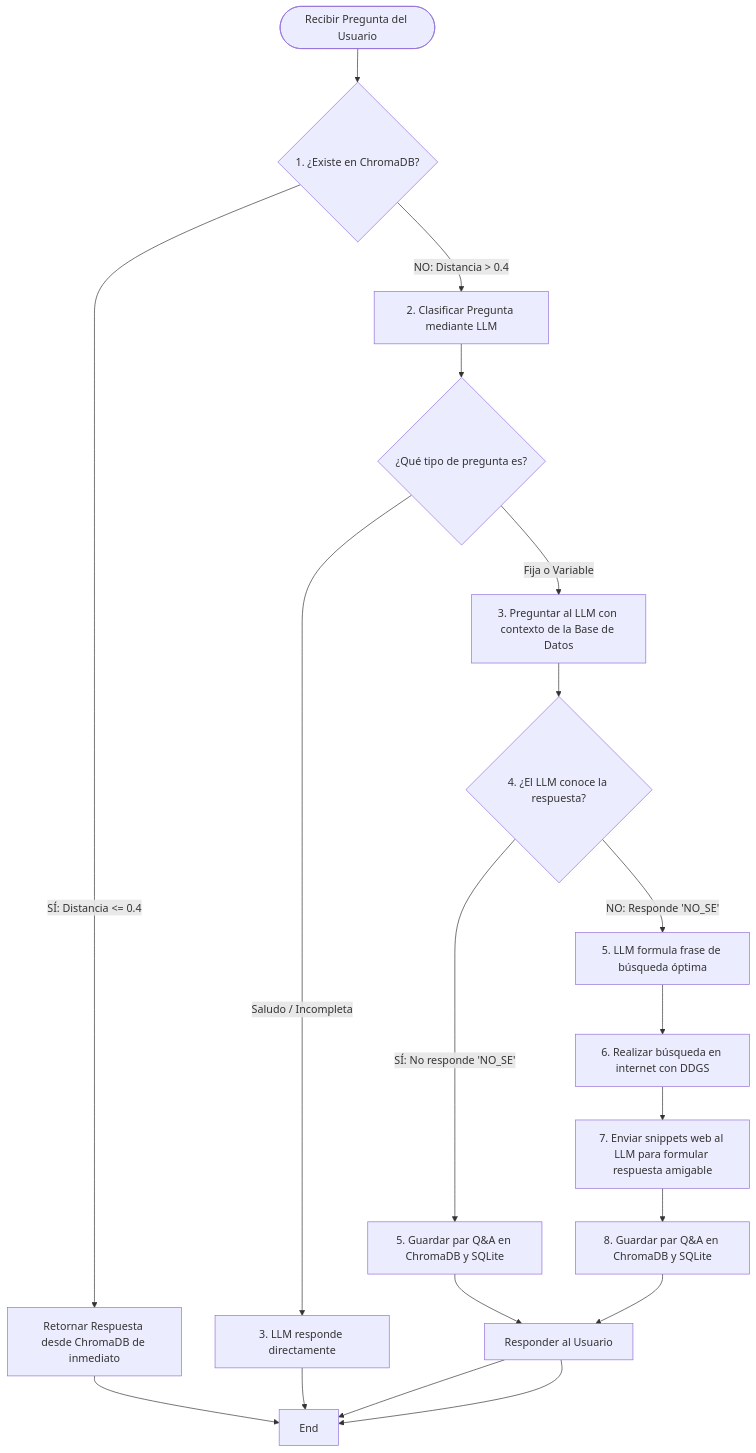
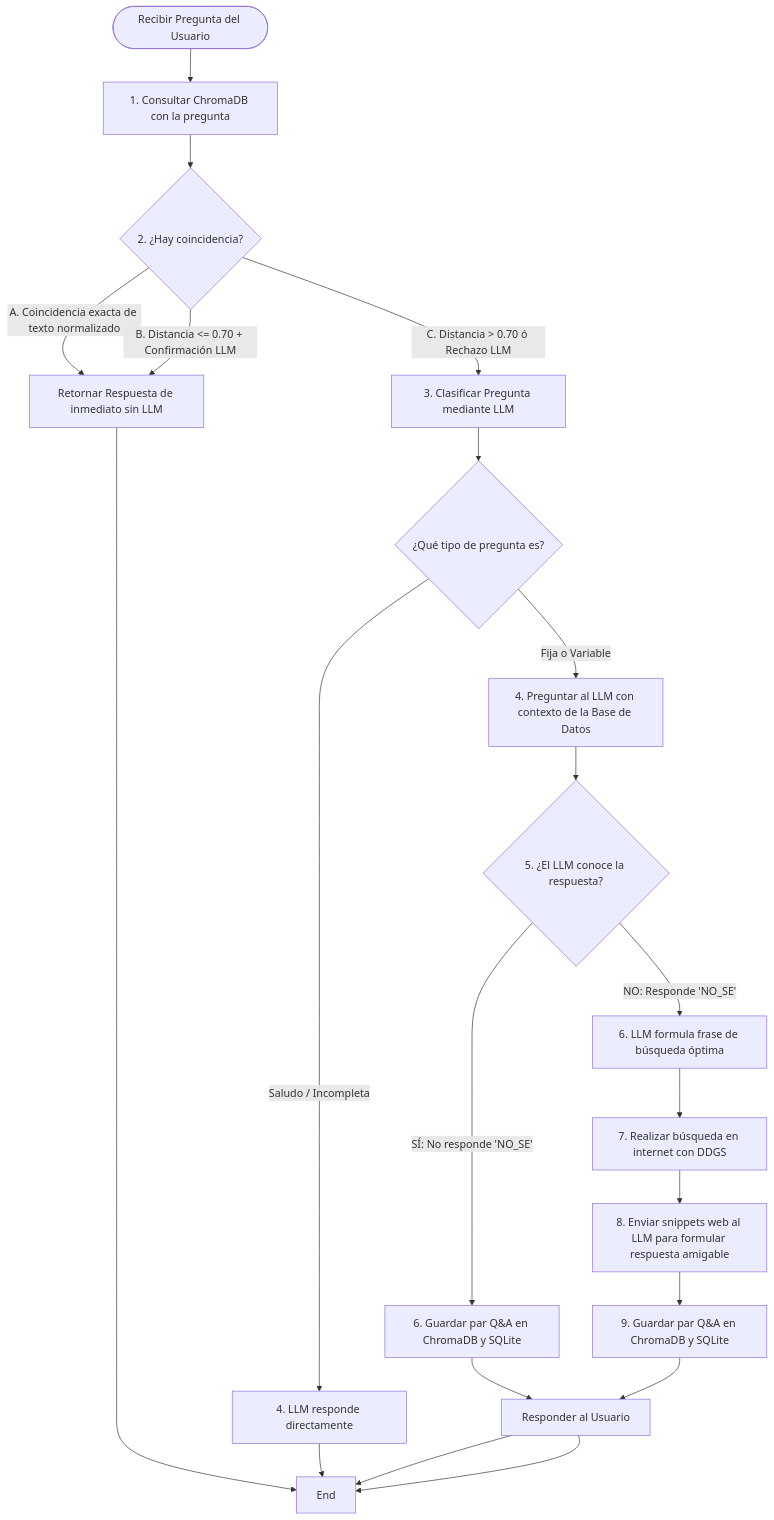
One commit to AngeloAlexanderBenavides/LLMRAG changed the second of 2 diagrams in DOCUMENTACION_SISTEMA.md. Above: the diagram before and after it, drawn with Mermaid. The commit also changed other lines of this file and 1 other file, not shown here.

Commit message:
Update, razocinio en las preguntas

````diff
--- a/DOCUMENTACION_SISTEMA.md
+++ b/DOCUMENTACION_SISTEMA.md
@@ -44,28 +44,32 @@
 ```mermaid
 graph TD
-    Start([Recibir Pregunta del Usuario]) --> DB_Check{1. ¿Existe en ChromaDB?}
+    Start([Recibir Pregunta del Usuario]) --> DB_Query[1. Consultar ChromaDB con la pregunta]
+    DB_Query --> Match_Check{2. ¿Hay coincidencia?}
     
-    %% Caso Cache Hit
-    DB_Check -->|SÍ: Distancia <= 0.4| Return_DB[Retornar Respuesta desde ChromaDB de inmediato] --> End
+    %% Caso Cache Hit por coincidencia exacta
+    Match_Check -->|A. Coincidencia exacta de texto normalizado| Return_DB[Retornar Respuesta de inmediato sin LLM] --> End
+    
+    %% Caso Cache Hit por equivalencia semántica
+    Match_Check -->|B. Distancia <= 0.70 + Confirmación LLM| Return_DB
     
     %% Caso Cache Miss
-    DB_Check -->|NO: Distancia > 0.4| Classify[2. Clasificar Pregunta mediante LLM]
+    Match_Check -->|C. Distancia > 0.70 ó Rechazo LLM| Classify[3. Clasificar Pregunta mediante LLM]
     
     Classify --> Intention{¿Qué tipo de pregunta es?}
     
-    Intention -->|Saludo / Incompleta| Direct_LLM[3. LLM responde directamente] --> End
+    Intention -->|Saludo / Incompleta| Direct_LLM[4. LLM responde directamente] --> End
     
-    Intention -->|Fija o Variable| Query_LLM_RAG[3. Preguntar al LLM con contexto de la Base de Datos]
+    Intention -->|Fija o Variable| Query_LLM_RAG[4. Preguntar al LLM con contexto de la Base de Datos]
     
-    Query_LLM_RAG --> LLM_Response{4. ¿El LLM conoce la respuesta?}
+    Query_LLM_RAG --> LLM_Response{5. ¿El LLM conoce la respuesta?}
     
     %% LLM Sabe
-    LLM_Response -->|SÍ: No responde 'NO_SE'| Save_QA[5. Guardar par Q&A en ChromaDB y SQLite] --> Render[Responder al Usuario] --> End
+    LLM_Response -->|SÍ: No responde 'NO_SE'| Save_QA[6. Guardar par Q&A en ChromaDB y SQLite] --> Render[Responder al Usuario] --> End
     
     %% LLM No Sabe (Fallback)
-    LLM_Response -->|NO: Responde 'NO_SE'| Formulate_Search[5. LLM formula frase de búsqueda óptima]
-    Formulate_Search --> Web_Search[6. Realizar búsqueda en internet con DDGS]
-    Web_Search --> Synthesize[7. Enviar snippets web al LLM para formular respuesta amigable]
-    Synthesize --> Save_Web_QA[8. Guardar par Q&A en ChromaDB y SQLite]
+    LLM_Response -->|NO: Responde 'NO_SE'| Formulate_Search[6. LLM formula frase de búsqueda óptima]
+    Formulate_Search --> Web_Search[7. Realizar búsqueda en internet con DDGS]
+    Web_Search --> Synthesize[8. Enviar snippets web al LLM para formular respuesta amigable]
+    Synthesize --> Save_Web_QA[9. Guardar par Q&A en ChromaDB y SQLite]
     Save_Web_QA --> Render --> End
 ```
````
